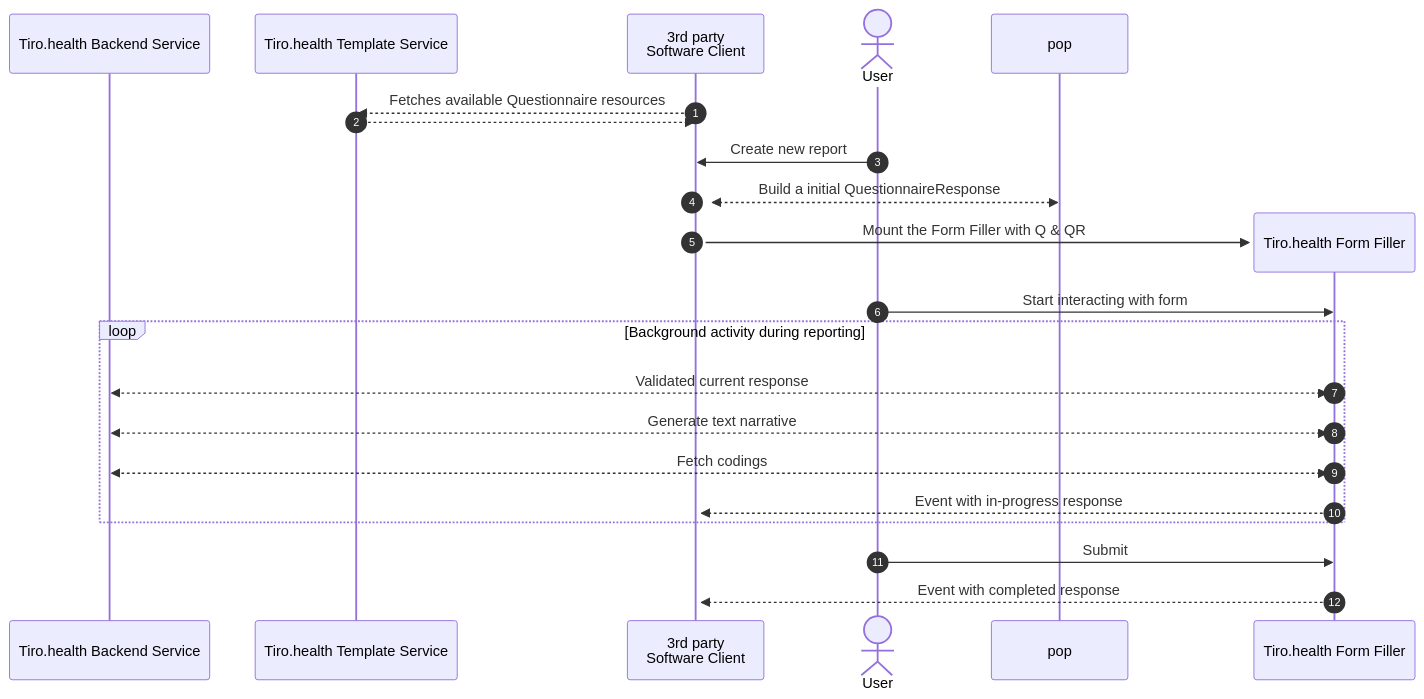
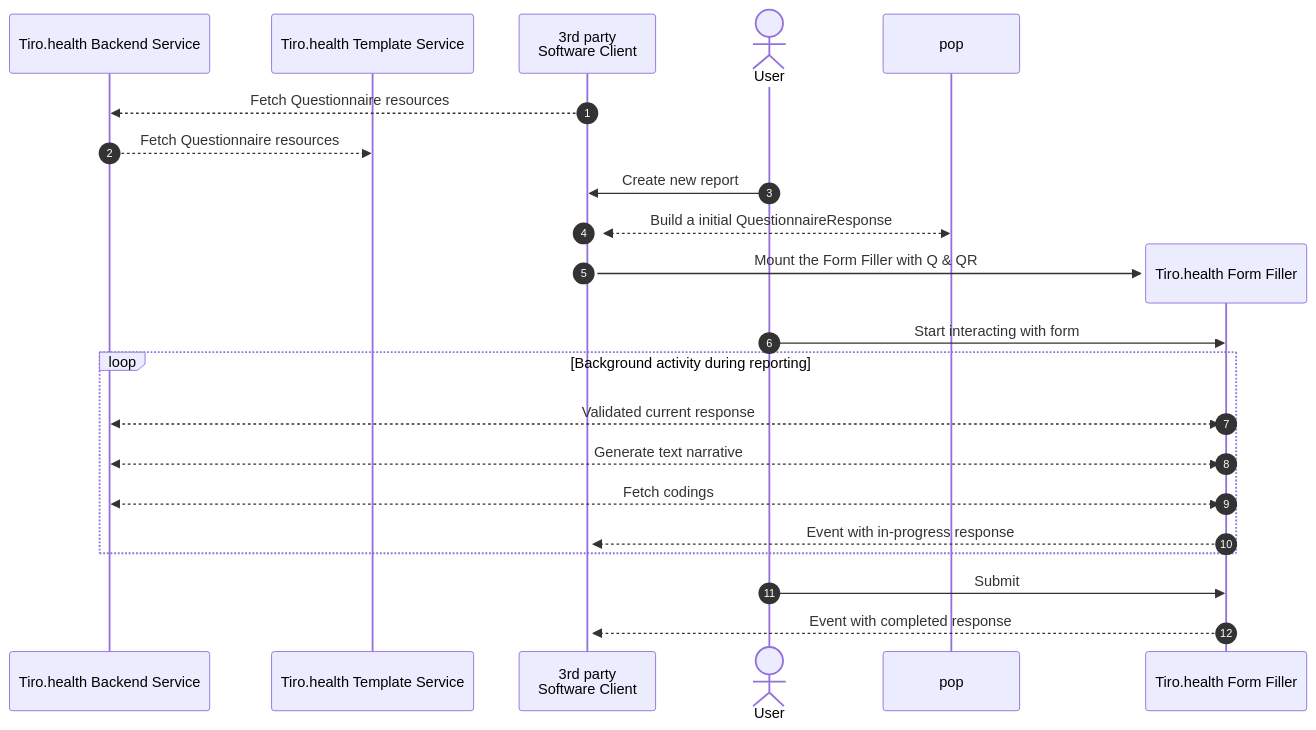
Before and after one commit to Tiro-health/atticus-docs: the second of 2 diagrams in src/app/form-sdk/page.mdx, drawn with Mermaid. The commit also changed other lines of this file, not shown here.

Commit message:
Refactor fetch operations in page.mdx

````diff
--- a/src/app/form-sdk/page.mdx
+++ b/src/app/form-sdk/page.mdx
@@ -83,24 +84,24 @@
 ```mermaid
 sequenceDiagram
 	autonumber
 	participant bs as Tiro.health Backend Service
     participant ts as Tiro.health Template Service
 	participant client as 3rd party <br/> Software Client
 	actor User
- 	client -->> ts: Fetches available Questionnaire resources
-	ts -->> client: 
+ 	client -->> bs: Fetch Questionnaire resources
+	bs -->> ts: Fetch Questionnaire resources
 	User ->> client: Create new report
 	activate client
 	client <<-->> pop: Build a initial QuestionnaireResponse
 	create participant ff as Tiro.health Form Filler
 	client ->> ff: Mount the Form Filler with Q & QR
 	User ->> ff: Start interacting with form
 	loop Background activity during reporting
 	ff <<-->> bs: Validated current response
 	ff <<-->> bs: Generate text narrative
 	ff <<-->> bs: Fetch codings
 	ff -->> client: Event with in-progress response
 	end
 	User ->> ff: Submit
 	ff -->> client: Event with completed response
 ```
````
